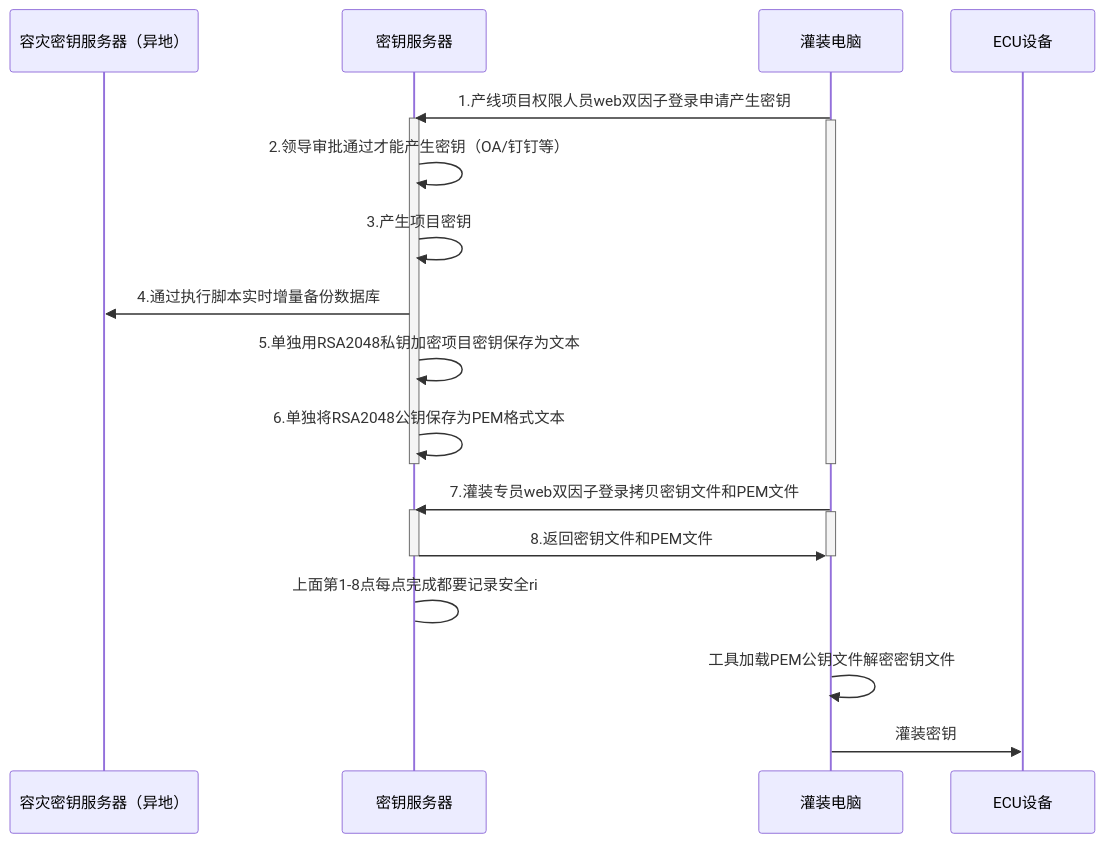
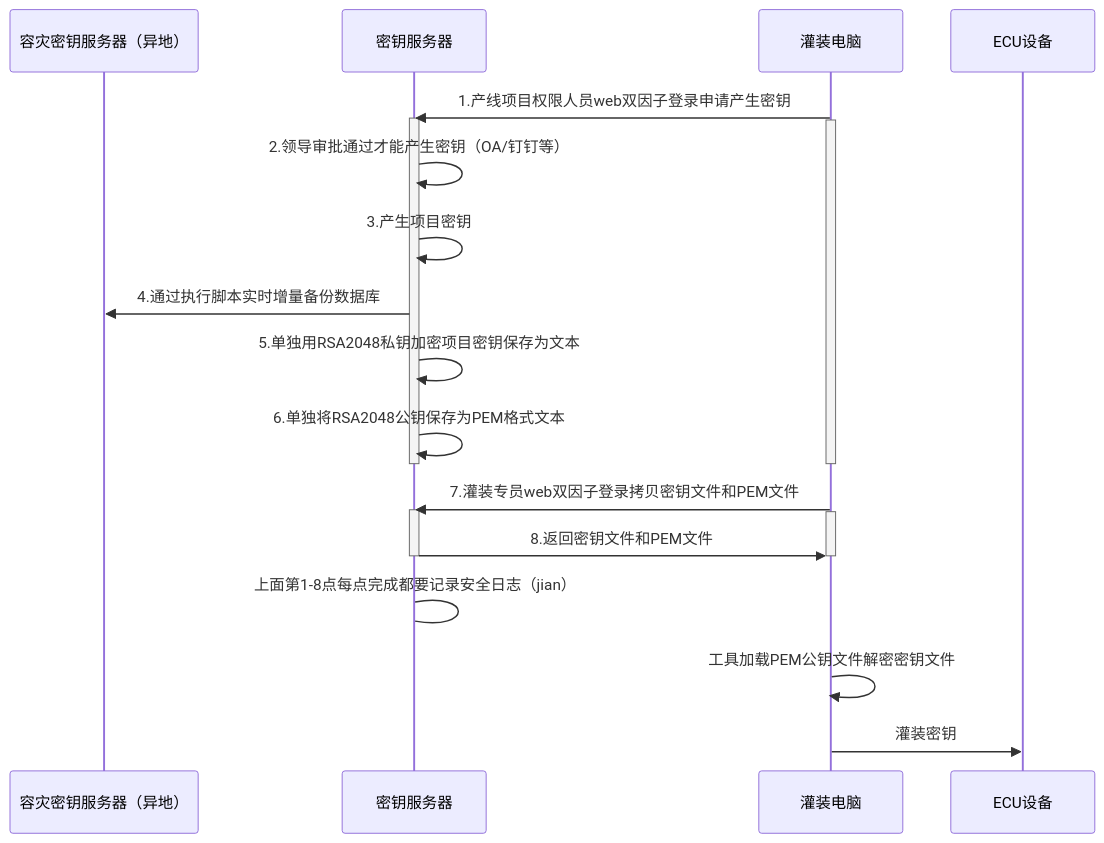
One commit to facebook-cloud/iodraw-files changed the diagram in all/未命名-15.md. Above: the diagram before and after it, drawn with Mermaid.

Commit message:
2026-02-11 19:55:01 update

````diff
--- a/all/未命名-15.md
+++ b/all/未命名-15.md
@@ -1,32 +1,32 @@
 ```mermaid
 sequenceDiagram
     participant A as 容灾密钥服务器（异地）
     participant B as 密钥服务器
     participant D as 灌装电脑
     participant E as ECU设备
 
     
     D->>B: 1.产线项目权限人员web双因子登录申请产生密钥
     activate B
     activate D
     B->>B: 2.领导审批通过才能产生密钥（OA/钉钉等）
     B->>B: 3.产生项目密钥
     B->>A: 4.通过执行脚本实时增量备份数据库
     B->>B: 5.单独用RSA2048私钥加密项目密钥保存为文本
     B->>B: 6.单独将RSA2048公钥保存为PEM格式文本
     deactivate B
     deactivate D
 
     
     D->>B: 7.灌装专员web双因子登录拷贝密钥文件和PEM文件
     activate B
     activate D
     B->>D: 8.返回密钥文件和PEM文件
     deactivate B
     deactivate D
-    B->B: 上面第1-8点每点完成都要记录安全ri
+    B->B: 上面第1-8点每点完成都要记录安全日志（jian）
 
     D->>D:工具加载PEM公钥文件解密密钥文件
     
     D->>E: 灌装密钥
 ```
````
